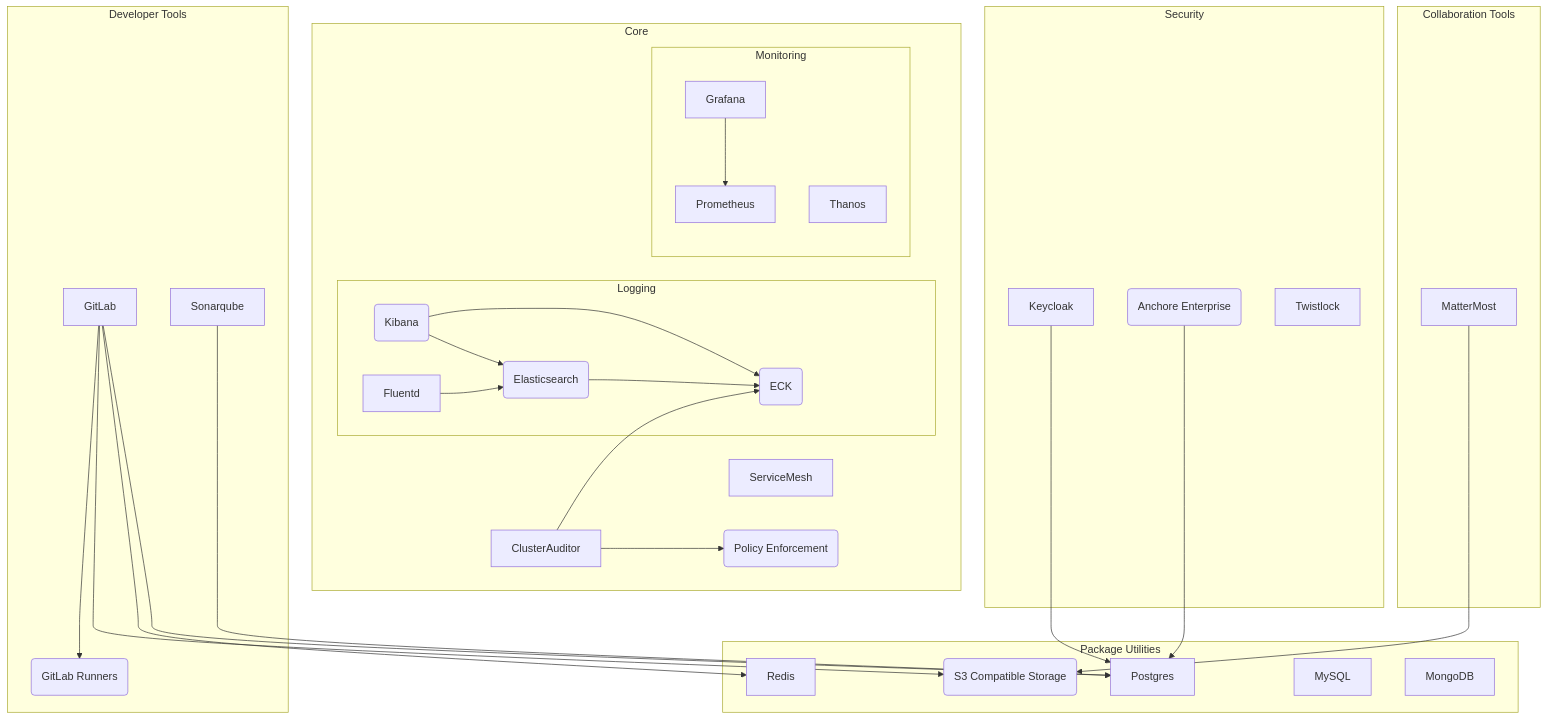
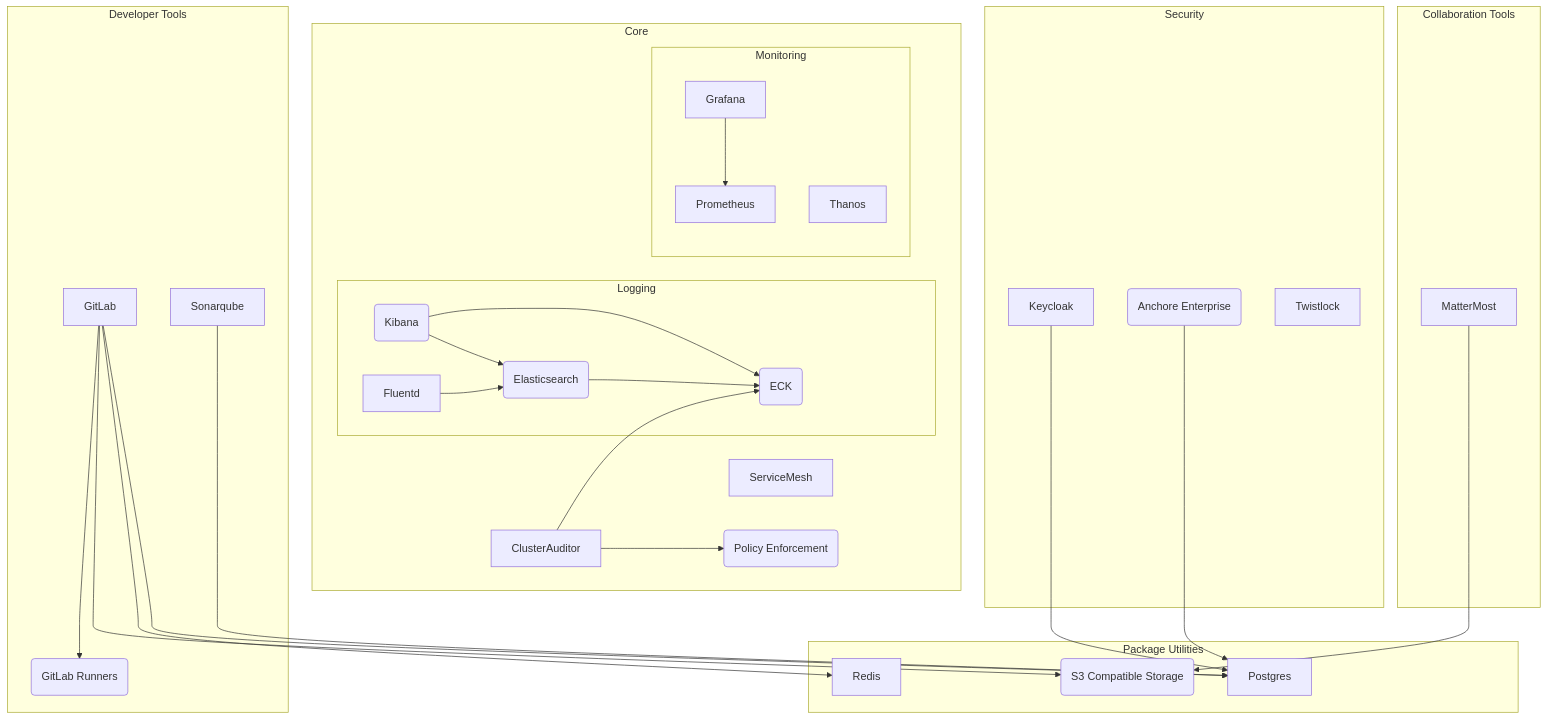
Before and after one commit to DoD-Platform-One/bigbang: the first of 6 diagrams in charter/BigBangPackages.md, drawn with Mermaid.

Commit message:
well... it's rendering now

````diff
--- a/charter/BigBangPackages.md
+++ b/charter/BigBangPackages.md
@@ -11,49 +11,47 @@
 ```mermaid
 graph TB
   subgraph "Core"
   subgraph "Logging"
   LoggingElastic(Elasticsearch)
   LoggingKibana(Kibana)
   LoggingECK(ECK)
   LoggingElastic  --> LoggingECK
   LoggingKibana  --> LoggingECK
   LoggingKibana --> LoggingElastic
   Fluentd --> LoggingElastic
   end
   subgraph "Monitoring"
   Grafana --> Prometheus
   Thanos
   end
   ServiceMesh
   
   ClusterAuditor --> LoggingECK
   ClusterAuditor --> OPA(Policy Enforcement)
   end      
 
   subgraph "Package Utilities"
     Postgres
     MinIO(S3 Compatible Storage)
     Redis
-    MySQL
-    MongoDB
   end
 
   subgraph "Security"
   Keycloak --> Postgres
   Anchore(Anchore Enterprise) --> Postgres
   Twistlock
   end
 
   subgraph "Developer Tools"
     GitLab --> GitLabRunners(GitLab Runners)
     GitLab --> MinIO
     GitLab --> Redis
     GitLab --> Postgres
     Sonarqube --> Postgres
   end
 
   subgraph "Collaboration Tools"
     MatterMost --> MinIO
   end
 
 ```
````
